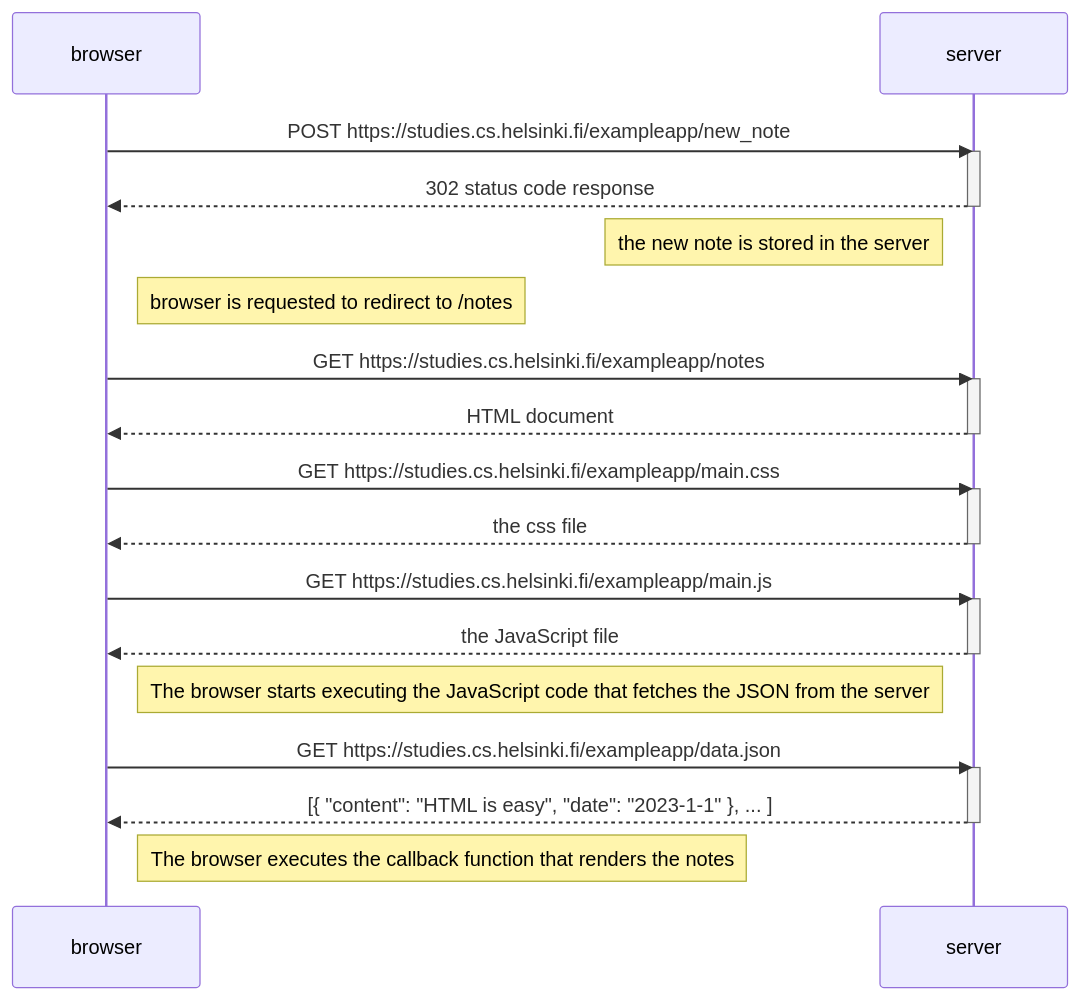
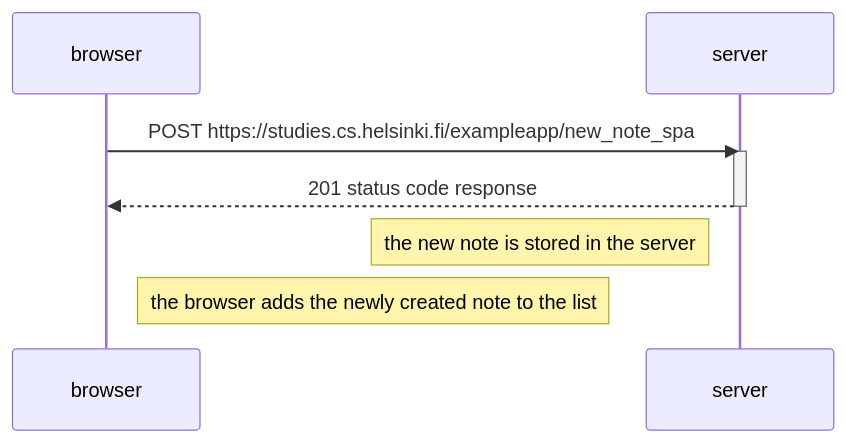
One commit to noamaru/full-stack-open changed the diagram in part-0/new-note.md. Above: the diagram before and after it, drawn with Mermaid. The commit also changed 1 other file, not shown here.

Commit message:
Create diagram for new notes in spa

````diff
--- a/part-0/new-note.md
+++ b/part-0/new-note.md
@@ -1,38 +1,16 @@
 ```mermaid
 sequenceDiagram
     participant browser
     participant server
 
-    browser->>server: POST https://studies.cs.helsinki.fi/exampleapp/new_note
+    browser->>server: POST https://studies.cs.helsinki.fi/exampleapp/new_note_spa
     activate server
-    server-->>browser: 302 status code response
+    server-->>browser: 201 status code response
     deactivate server
     
     Note left of server: the new note is stored in the server
 
-    Note right of browser: browser is requested to redirect to /notes
+    Note right of browser: the browser adds the newly created note to the list
 
-    browser->>server: GET https://studies.cs.helsinki.fi/exampleapp/notes
-    activate server
-    server-->>browser: HTML document
-    deactivate server
 
-    browser->>server: GET https://studies.cs.helsinki.fi/exampleapp/main.css
-    activate server
-    server-->>browser: the css file
-    deactivate server
-
-    browser->>server: GET https://studies.cs.helsinki.fi/exampleapp/main.js
-    activate server
-    server-->>browser: the JavaScript file
-    deactivate server
-
-    Note right of browser: The browser starts executing the JavaScript code that fetches the JSON from the server
-
-    browser->>server: GET https://studies.cs.helsinki.fi/exampleapp/data.json
-    activate server
-    server-->>browser: [{ "content": "HTML is easy", "date": "2023-1-1" }, ... ]
-    deactivate server
-
-    Note right of browser: The browser executes the callback function that renders the notes
 ```
````
